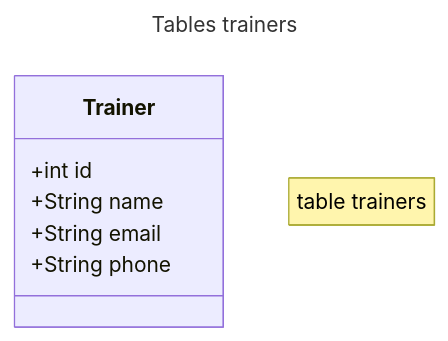
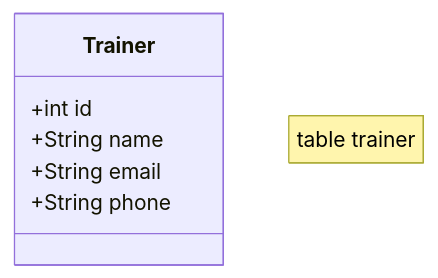
The second of 2 diagrams in chap2_model.md (aahWeb/SYMFONY), drawn with Mermaid before and after one commit. The commit also changed other lines of this file, not shown here.

````diff
--- a/chap2_model.md
+++ b/chap2_model.md
@@ -58,11 +61,8 @@
 ```mermaid
----
-title: Tables trainers
----
 classDiagram
-    note "table trainers"
+    note "table trainer"
     Trainer : +int id
     Trainer : +String name
     Trainer : +String email
     Trainer : +String phone
 ```
````
